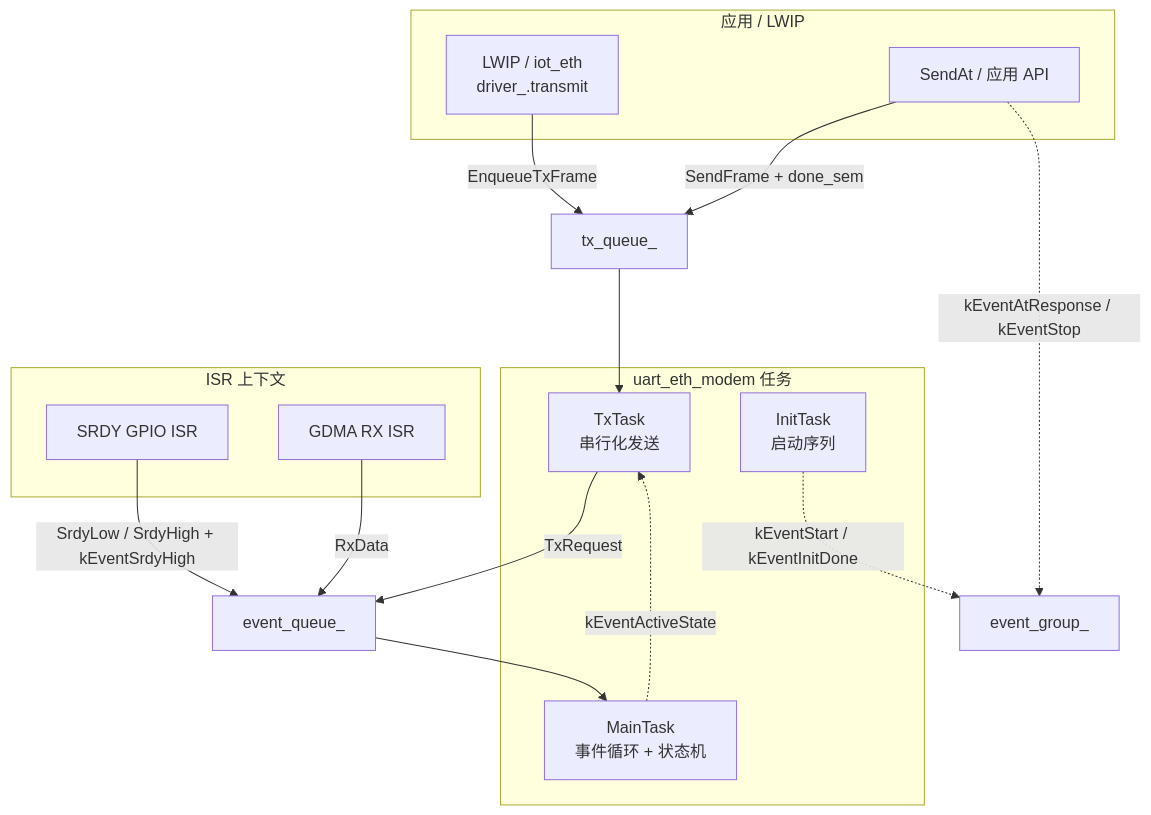
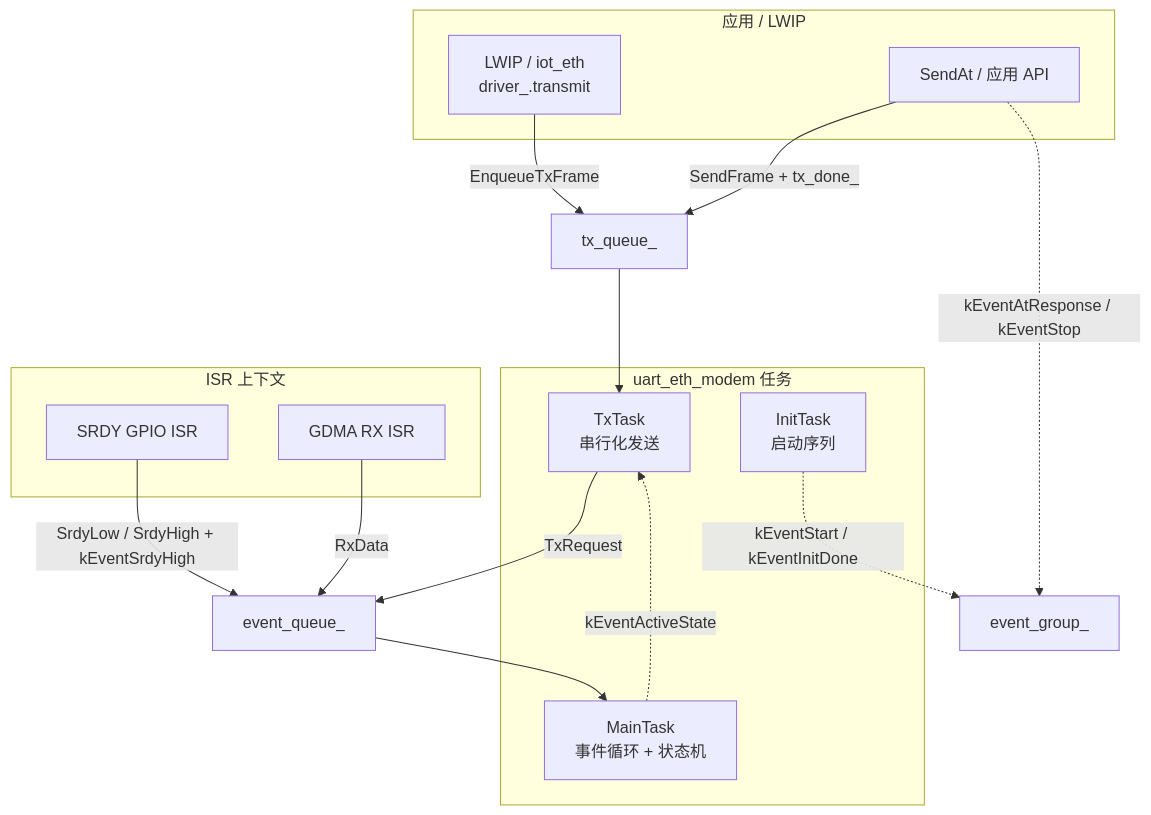
One commit to 78/uart-eth-modem changed diagram 22 of 22 in WORKING_PRINCIPLE.md. Above: the diagram before and after it, drawn with Mermaid. The commit also changed other lines of this file and 18 other files, not shown here.

````diff
--- a/WORKING_PRINCIPLE.md
+++ b/WORKING_PRINCIPLE.md
@@ -864,31 +878,31 @@
 ```mermaid
 graph TB
     subgraph "应用 / LWIP"
         LWIP[LWIP / iot_eth<br/>driver_.transmit]
         APIS[SendAt / 应用 API]
     end
 
     subgraph "uart_eth_modem 任务"
         MAIN[MainTask<br/>事件循环 + 状态机]
         INIT[InitTask<br/>启动序列]
         TX[TxTask<br/>串行化发送]
     end
 
     subgraph "ISR 上下文"
         SRDY[SRDY GPIO ISR]
         GDMA_RX[GDMA RX ISR]
     end
 
     SRDY -->|SrdyLow / SrdyHigh + kEventSrdyHigh| QUEUE[event_queue_]
     GDMA_RX -->|RxData| QUEUE
     QUEUE --> MAIN
 
     LWIP -->|EnqueueTxFrame| TQ[tx_queue_]
-    APIS -->|SendFrame + done_sem| TQ
+    APIS -->|SendFrame + tx_done_| TQ
     TQ --> TX
     TX -->|TxRequest| QUEUE
     MAIN -. kEventActiveState .-> TX
 
     INIT -.->|kEventStart / kEventInitDone| EG[event_group_]
     APIS -.->|kEventAtResponse / kEventStop| EG
 ```
````
